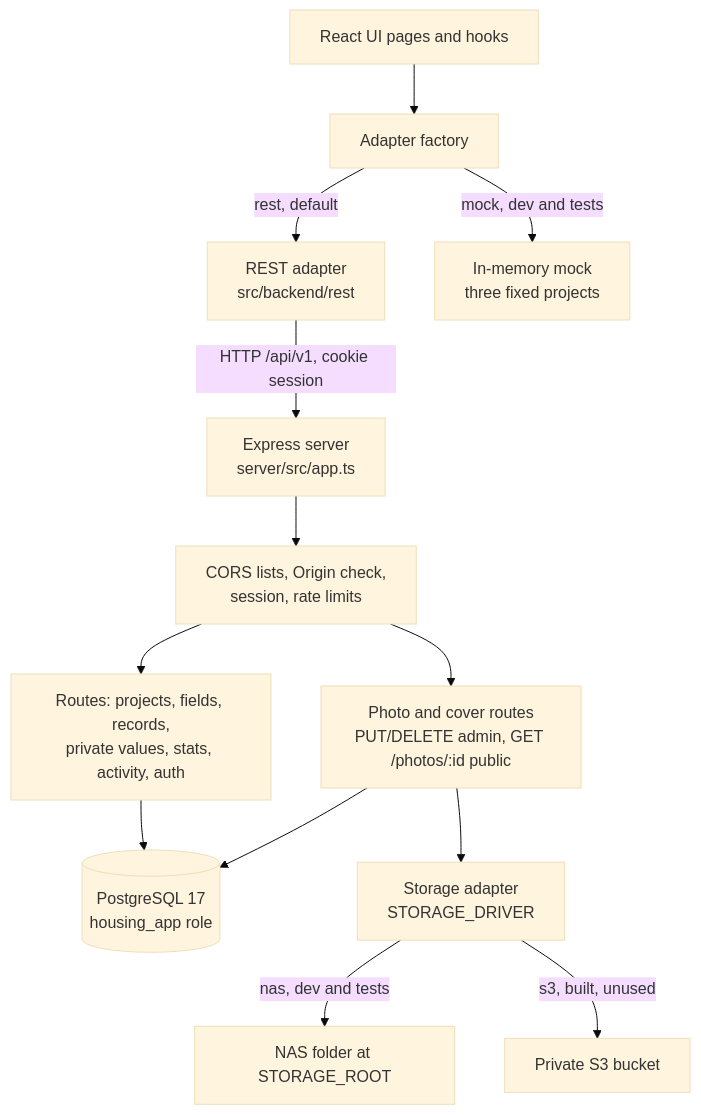
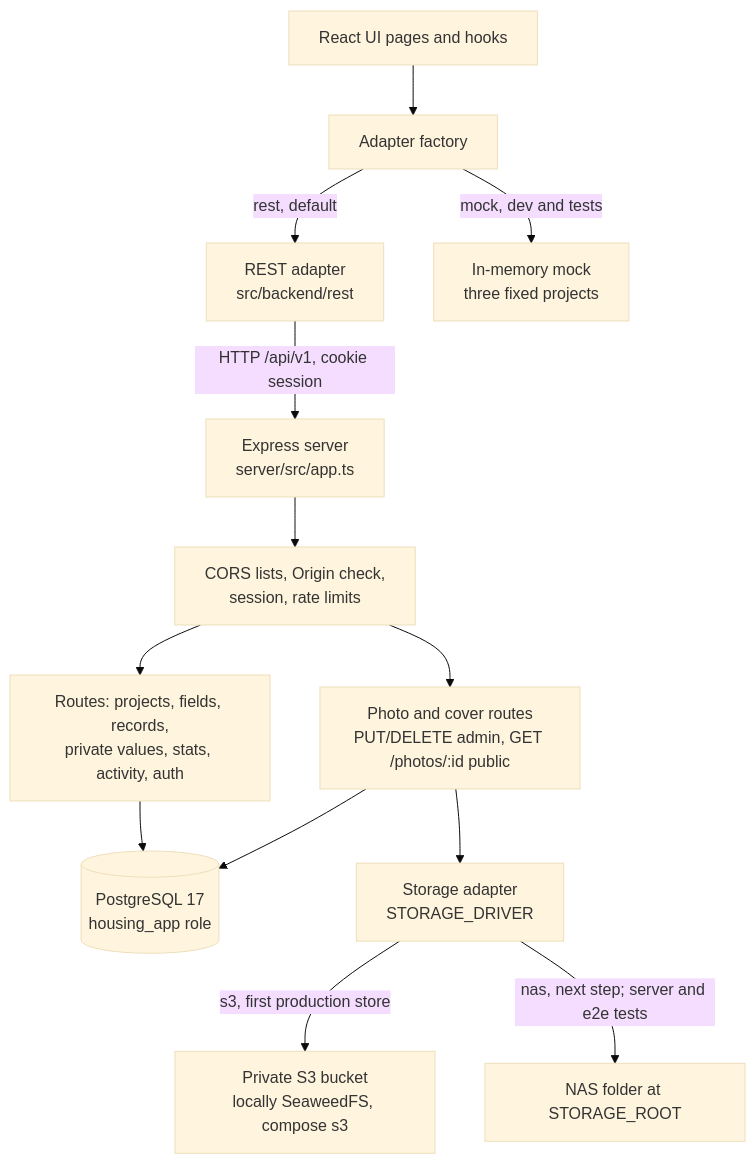
The first of 2 diagrams in docs/diagrams/backend-architecture.md (rajuofficialasf-hub/house-construction), drawn with Mermaid (base theme) before and after one commit. The commit also changed 14 other files, not shown here.

First line of the commit message:
feat(storage): S3 is the first photo store, with a local SeaweedFS in compose

````diff
--- a/docs/diagrams/backend-architecture.md
+++ b/docs/diagrams/backend-architecture.md
@@ -7,15 +7,15 @@
 ```mermaid
 flowchart TB
   UI[React UI pages and hooks] --> F[Adapter factory]
   F -->|rest, default| RA[REST adapter<br/>src/backend/rest]
   F -->|mock, dev and tests| MK[In-memory mock<br/>three fixed projects]
   RA -->|HTTP /api/v1, cookie session| EX[Express server<br/>server/src/app.ts]
   EX --> MW[CORS lists, Origin check,<br/>session, rate limits]
   MW --> RT[Routes: projects, fields, records,<br/>private values, stats, activity, auth]
   RT --> PG[(PostgreSQL 17<br/>housing_app role)]
   MW --> PH[Photo and cover routes<br/>PUT/DELETE admin, GET /photos/:id public]
   PH --> PG
   PH --> STG[Storage adapter<br/>STORAGE_DRIVER]
-  STG -->|nas, dev and tests| NAS[NAS folder at STORAGE_ROOT]
-  STG -->|s3, built, unused| S3[Private S3 bucket]
+  STG -->|s3, first production store| S3[Private S3 bucket<br/>locally SeaweedFS, compose s3]
+  STG -->|nas, next step; server and e2e tests| NAS[NAS folder at STORAGE_ROOT]
 ```
````
